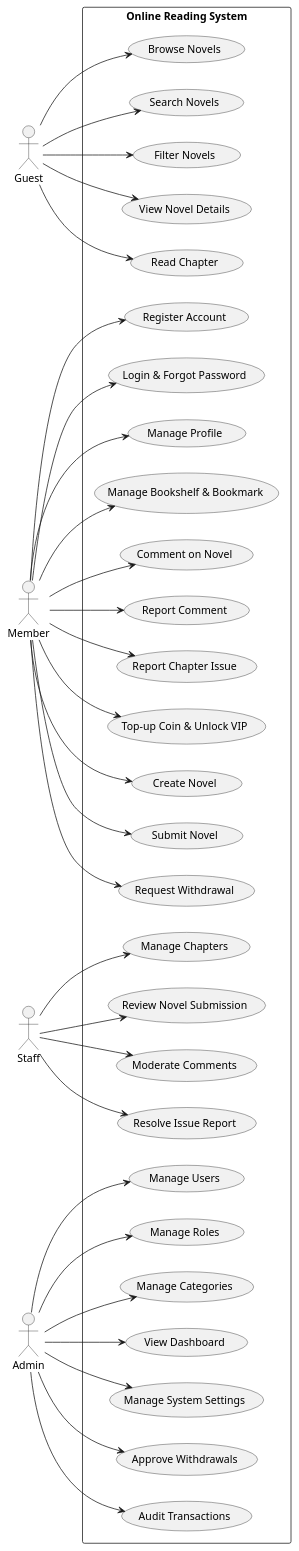
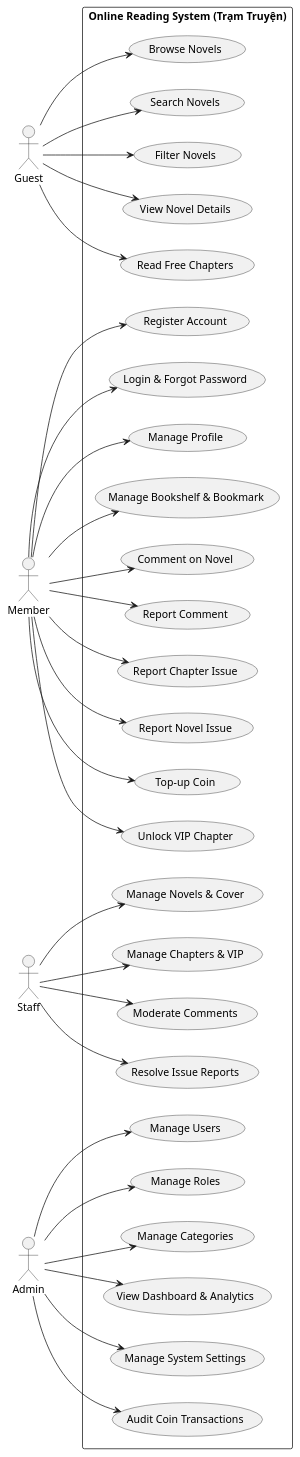
One commit to Phuoctai228/tram-truyen changed the diagram in docs/Plan/SWP391 Project Specification – Trạm Truyện.md. Above: the diagram before and after it, drawn with PlantUML. The commit also changed other lines of this file and 5 other files, not shown here.

Commit message:
feat: initialize database schema, seed data, and system documentation for novel reading platform

````diff
--- a/docs/Plan/SWP391 Project Specification – Trạm Truyện.md
+++ b/docs/Plan/SWP391 Project Specification – Trạm Truyện.md
@@ -536,77 +574,73 @@
 ```plantuml
 @startuml
 
 left to right direction
 
 actor Guest
 actor Member
 actor Staff
 actor Admin
 
-rectangle "Online Reading System" {
+rectangle "Online Reading System (Trạm Truyện)" {
 
   usecase "Browse Novels" as UC01
   usecase "Search Novels" as UC02
   usecase "Filter Novels" as UC03
   usecase "View Novel Details" as UC04
-  usecase "Read Chapter" as UC05
+  usecase "Read Free Chapters" as UC05
 
-  usecase "Register Account" as UC06
-  usecase "Login & Forgot Password" as UC07
-  usecase "Manage Profile" as UC08
-  usecase "Manage Bookshelf & Bookmark" as UC09
-  usecase "Comment on Novel" as UC10
-  usecase "Report Comment" as UC10b
-  usecase "Report Chapter Issue" as UC11
-  usecase "Top-up Coin & Unlock VIP" as UC12
-  usecase "Create Novel" as UC13
-  usecase "Submit Novel" as UC14
-  usecase "Request Withdrawal" as UC14c
+  usecase "Register Account" as UC07
+  usecase "Login & Forgot Password" as UC08
+  usecase "Manage Profile" as UC09
+  usecase "Manage Bookshelf & Bookmark" as UC10
+  usecase "Comment on Novel" as UC11
+  usecase "Report Comment" as UC11b
+  usecase "Report Chapter Issue" as UC12
+  usecase "Report Novel Issue" as UC12b
+  usecase "Top-up Coin" as UC13
+  usecase "Unlock VIP Chapter" as UC14
 
-  usecase "Manage Chapters" as UC15
-  usecase "Review Novel Submission" as UC16
+  usecase "Manage Novels & Cover" as UC15
+  usecase "Manage Chapters & VIP" as UC16
   usecase "Moderate Comments" as UC17
-  usecase "Resolve Issue Report" as UC18
+  usecase "Resolve Issue Reports" as UC18
 
   usecase "Manage Users" as UC19
   usecase "Manage Roles" as UC20
   usecase "Manage Categories" as UC21
-  usecase "View Dashboard" as UC22
+  usecase "View Dashboard & Analytics" as UC22
   usecase "Manage System Settings" as UC23
-  usecase "Approve Withdrawals" as UC24
-  usecase "Audit Transactions" as UC25
+  usecase "Audit Coin Transactions" as UC24
 }
 
 Guest --> UC01
 Guest --> UC02
 Guest --> UC03
 Guest --> UC04
 Guest --> UC05
 
-Member --> UC06
 Member --> UC07
 Member --> UC08
 Member --> UC09
 Member --> UC10
-Member --> UC10b
 Member --> UC11
+Member --> UC11b
 Member --> UC12
+Member --> UC12b
 Member --> UC13
 Member --> UC14
-Member --> UC14c
 
 Staff --> UC15
 Staff --> UC16
 Staff --> UC17
 Staff --> UC18
 
 Admin --> UC19
 Admin --> UC20
 Admin --> UC21
 Admin --> UC22
 Admin --> UC23
 Admin --> UC24
-Admin --> UC25
 
 @enduml
 ```
````
